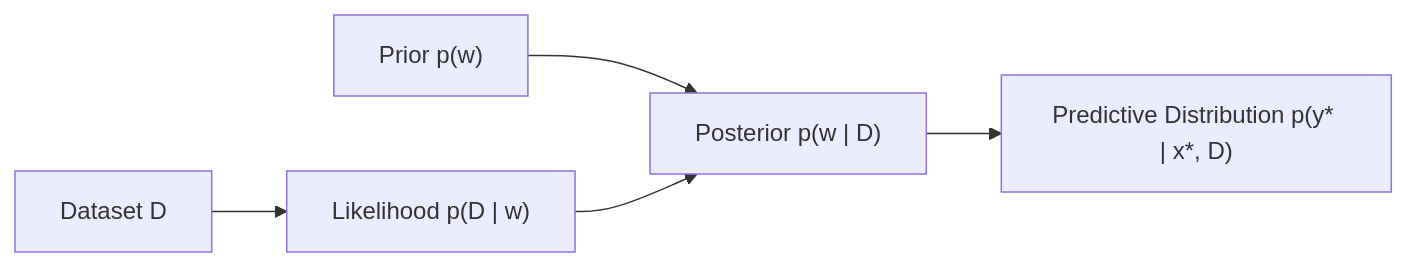
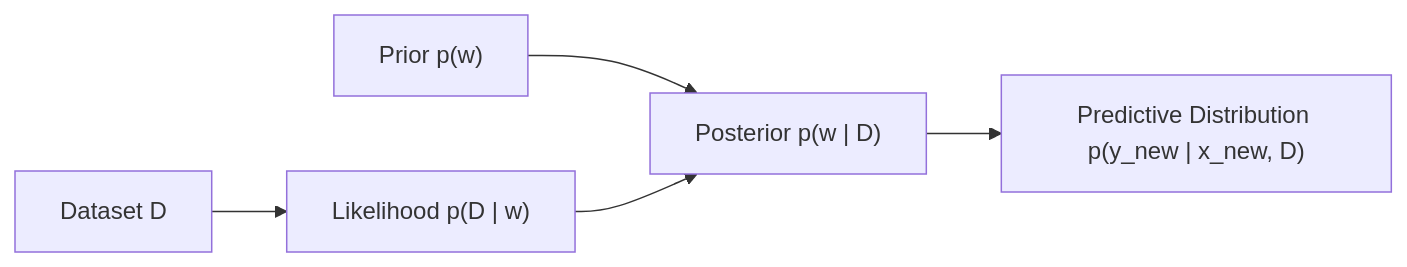
One commit to DwaipayanDutta/pgm-notes-and-implementations changed diagram 34 of 35 in README.md. Above: the diagram before and after it, drawn with Mermaid. The commit also changed other lines of this file, not shown here.

````diff
--- a/README.md
+++ b/README.md
@@ -619,7 +573,7 @@
 ```mermaid
 graph LR
     Prior["Prior p(w)"] --> Post["Posterior p(w | D)"]
     Data["Dataset D"] --> Lik["Likelihood p(D | w)"]
     Lik --> Post
-    Post --> Pred["Predictive Distribution p(y* | x*, D)"]
+    Post --> Pred["Predictive Distribution p(y_new | x_new, D)"]
 ```
````
